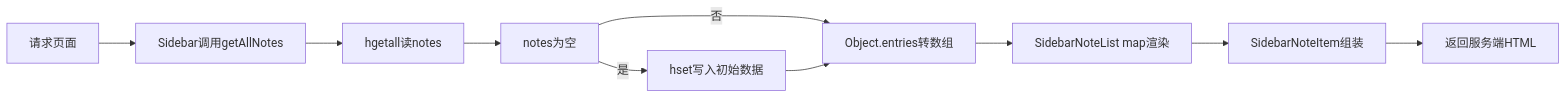
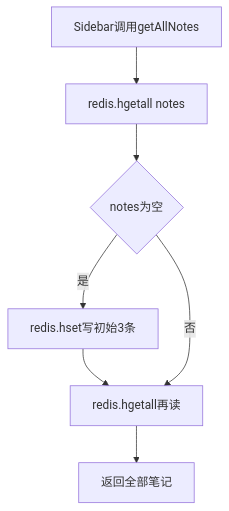
The second of 2 diagrams in articles/2026-08-15-next-blog.md (duduu0717/xll), drawn with Mermaid before and after one commit. The commit also changed other lines of this file and 2 other files, not shown here.

````diff
--- a/articles/2026-08-15-next-blog.md
+++ b/articles/2026-08-15-next-blog.md
@@ -138,12 +73,9 @@
 ```mermaid
-flowchart LR
-  REQ[请求页面] --> SIDEBAR[Sidebar调用getAllNotes]
-  SIDEBAR --> HGETALL[hgetall读notes]
-  HGETALL --> EMPTY[notes为空]
-  EMPTY -->|是| HSET[hset写入初始数据]
-  EMPTY -->|否| ENTRIES[Object.entries转数组]
-  HSET --> ENTRIES
-  ENTRIES --> MAP[SidebarNoteList map渲染]
-  MAP --> ITEM[SidebarNoteItem组装]
-  ITEM --> HTML[返回服务端HTML]
+flowchart TD
+  CALL[Sidebar调用getAllNotes] --> HGET[redis.hgetall notes]
+  HGET --> EMPTY{notes为空}
+  EMPTY -->|是| HSET[redis.hset写初始3条]
+  HSET --> READ2[redis.hgetall再读]
+  EMPTY -->|否| READ2
+  READ2 --> RET[返回全部笔记]
 ```
````
